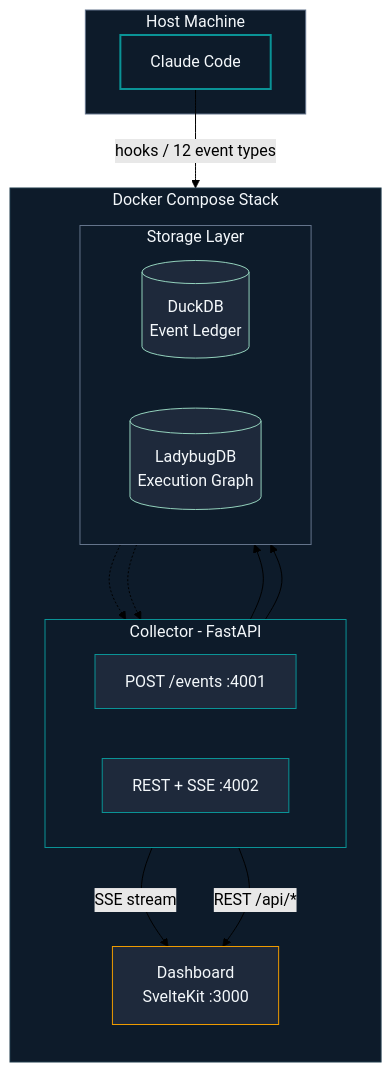
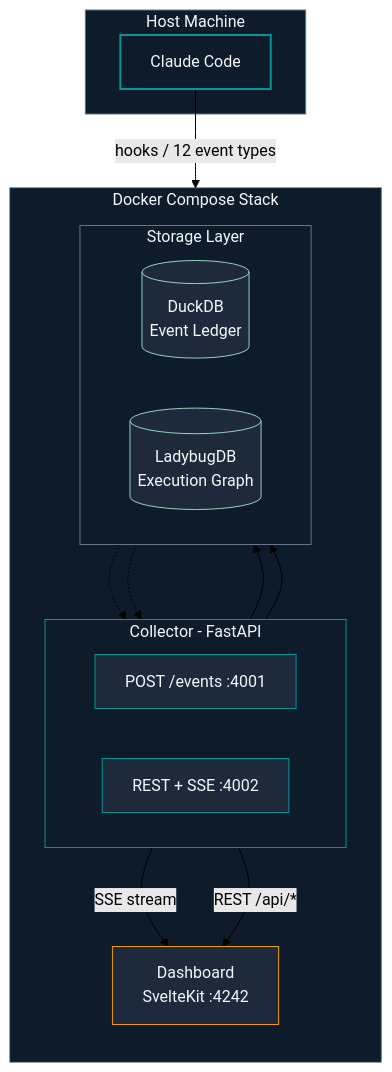
The first of 2 diagrams in README.md (halcyondude/observable-claude), drawn with Mermaid (forest theme) before and after one commit. The commit also changed other lines of this file and 10 other files, not shown here.

````diff
--- a/README.md
+++ b/README.md
@@ -20,43 +20,43 @@
 ```mermaid
 flowchart TB
     subgraph host ["Host Machine"]
         CC["Claude Code"]
         style CC fill:#0D1B2A,stroke:#0A9396,color:#F4F8FB,stroke-width:2px
     end
 
     subgraph docker ["Docker Compose Stack"]
         direction TB
         subgraph collector_svc ["Collector - FastAPI"]
             direction LR
             INGEST["POST /events :4001"]
             API["REST + SSE :4002"]
             style INGEST fill:#1E293B,stroke:#0A9396,color:#F4F8FB
             style API fill:#1E293B,stroke:#0A9396,color:#F4F8FB
         end
 
         subgraph storage ["Storage Layer"]
             direction LR
             DUCK[("DuckDB<br/>Event Ledger")]
             LADY[("LadybugDB<br/>Execution Graph")]
             style DUCK fill:#1E293B,stroke:#94D2BD,color:#F4F8FB
             style LADY fill:#1E293B,stroke:#94D2BD,color:#F4F8FB
         end
 
-        DASH["Dashboard<br/>SvelteKit :3000"]
+        DASH["Dashboard<br/>SvelteKit :4242"]
         style DASH fill:#1E293B,stroke:#EE9B00,color:#F4F8FB
 
         style collector_svc fill:#0D1B2A,stroke:#0A9396,color:#F4F8FB
         style storage fill:#0D1B2A,stroke:#64748B,color:#F4F8FB
     end
 
     CC -- "hooks / 12 event types" --> INGEST
     INGEST --> DUCK
     INGEST --> LADY
     API -- "SSE stream" --> DASH
     API -- "REST /api/*" --> DASH
     DUCK -.-> API
     LADY -.-> API
 
     style host fill:#0D1B2A,stroke:#64748B,color:#F4F8FB
     style docker fill:#0D1B2A,stroke:#1E3A4A,color:#F4F8FB
 ```
````
